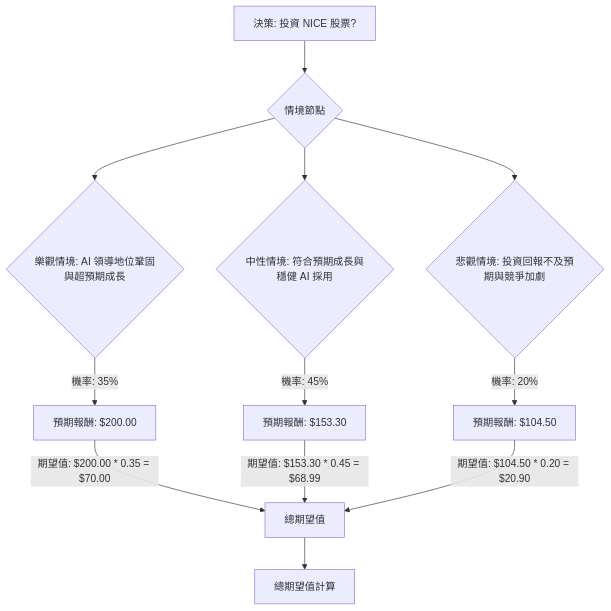
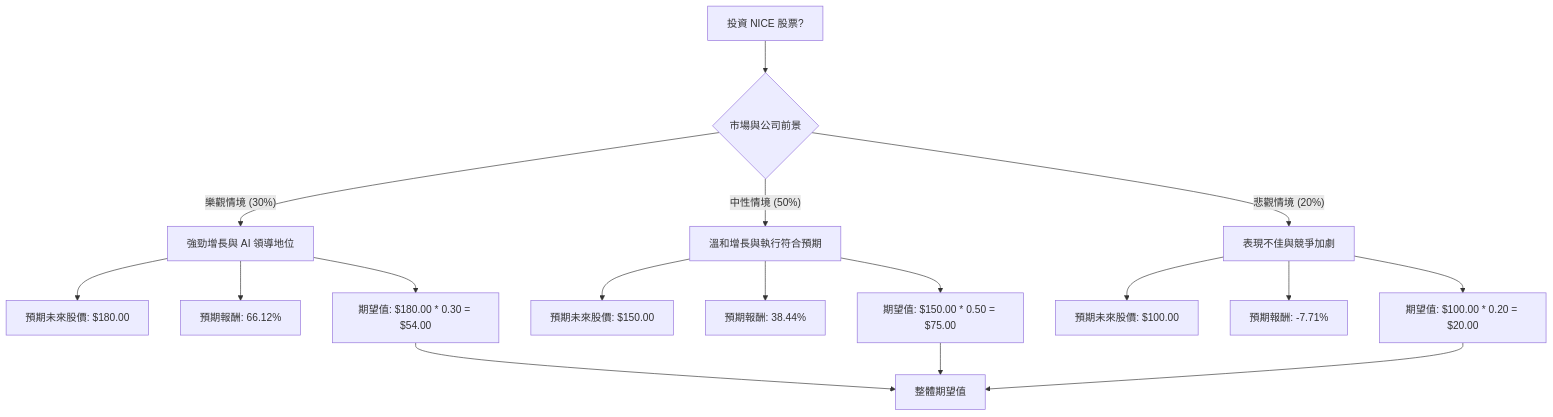
One commit to zmcx16/zmcx16.github.io changed the diagram in plugin-react/ai-analysis/ev-analysis/NICE.md. Above: the diagram before and after it, drawn with Mermaid. The commit also changed other lines of this file and 70 other files, not shown here.

````diff
--- a/plugin-react/ai-analysis/ev-analysis/NICE.md
+++ b/plugin-react/ai-analysis/ev-analysis/NICE.md
@@ -52,18 +14,21 @@
 ```mermaid
 graph TD
-    A[決策: 投資 NICE 股票?] --> B{情境節點}
+    A[投資 NICE 股票?] --> B{市場與公司前景}
 
-    B --> C{樂觀情境: AI 領導地位鞏固與超預期成長}
-    C -- 機率: 35% --> C1[預期報酬: $200.00]
-    C1 -- 期望值: $200.00 * 0.35 = $70.00 --> D[總期望值]
+    B -- 樂觀情境 (30%) --> C[強勁增長與 AI 領導地位]
+    C --> C1[預期未來股價: $180.00]
+    C --> C2[預期報酬: 66.12%]
+    C --> C3[期望值: $180.00 * 0.30 = $54.00]
 
-    B --> E{中性情境: 符合預期成長與穩健 AI 採用}
-    E -- 機率: 45% --> E1[預期報酬: $153.30]
-    E1 -- 期望值: $153.30 * 0.45 = $68.99 --> D
+    B -- 中性情境 (50%) --> D[溫和增長與執行符合預期]
+    D --> D1[預期未來股價: $150.00]
+    D --> D2[預期報酬: 38.44%]
+    D --> D3[期望值: $150.00 * 0.50 = $75.00]
 
-    B --> F{悲觀情境: 投資回報不及預期與競爭加劇}
-    F -- 機率: 20% --> F1[預期報酬: $104.50]
-    F1 -- 期望值: $104.50 * 0.20 = $20.90 --> D
+    B -- 悲觀情境 (20%) --> E[表現不佳與競爭加劇]
+    E --> E1[預期未來股價: $100.00]
+    E --> E2[預期報酬: -7.71%]
+    E --> E3[期望值: $100.00 * 0.20 = $20.00]
 
-    D[總期望值] --> G[總期望值計算]
+    C3 & D3 & E3 --> F[整體期望值]
 ```
````
